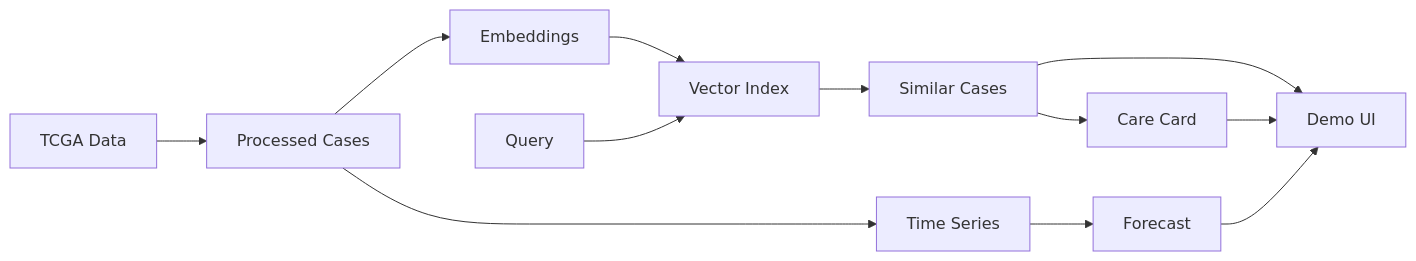
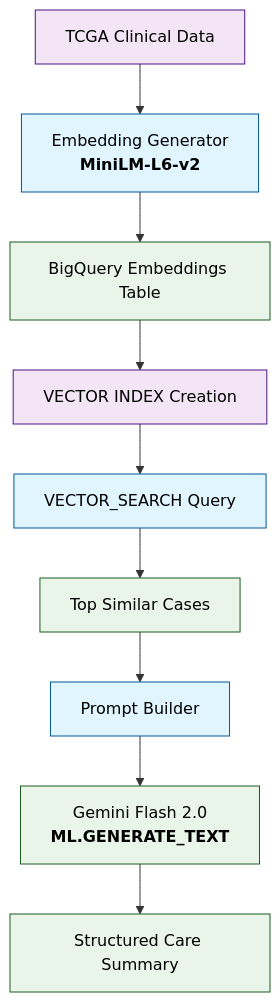
Before and after one commit to tuba89/medibridge-ai: the diagram in README.md, drawn with Mermaid. The commit also changed other lines of this file, not shown here.

````diff
--- a/README.md
+++ b/README.md
@@ -43,14 +39,29 @@
 ```mermaid
-graph LR
-  A[TCGA Data] --> B[Processed Cases]
-  B --> C[Embeddings]
-  C --> D[Vector Index]
-  Q[Query] --> D
-  D --> E[Similar Cases]
-  E --> F[Care Card]
-  B --> G[Time Series]
-  G --> H[Forecast]
-  E --> I[Demo UI]
-  F --> I
-  H --> I
+graph TB
+    A[TCGA Clinical Data] 
+    --> B[Embedding Generator<br/><b>MiniLM-L6-v2</b>]
+    
+    B --> C[BigQuery Embeddings Table]
+    
+    C --> D[VECTOR INDEX Creation]
+    
+    D --> E[VECTOR_SEARCH Query]
+    
+    E --> F[Top Similar Cases]
+    
+    F --> G[Prompt Builder]
+    
+    G --> H[Gemini Flash 2.0<br/><b>ML.GENERATE_TEXT</b>]
+    
+    H --> I[Structured Care Summary]
+    
+    %% Explicit styling for dark mode compatibility
+    classDef default fill:#ffffff,stroke:#000000,color:#000000;
+    classDef process fill:#e1f5fe,stroke:#01579b,color:#000000;
+    classDef data fill:#f3e5f5,stroke:#4a148c,color:#000000;
+    classDef output fill:#e8f5e8,stroke:#1b5e20,color:#000000;
+    
+    class A,D data;
+    class B,E,G process;
+    class C,F,H,I output;
 ```
````
